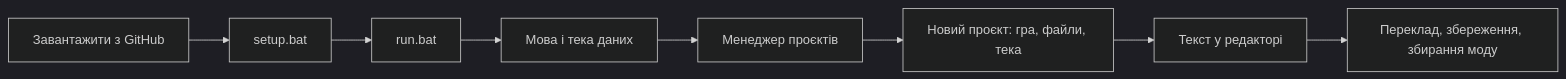
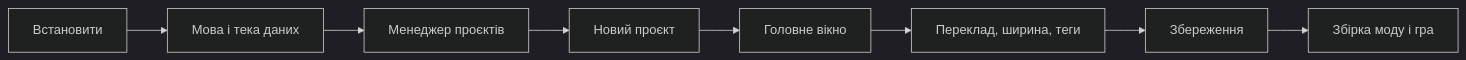
Before and after one commit to rashevskyv/Picoripi: the diagram in docs/wiki/uk/0_Getting_Started.md, drawn with Mermaid (dark theme). The commit also changed other lines of this file and 37 other files, not shown here.

````diff
--- a/docs/wiki/uk/0_Getting_Started.md
+++ b/docs/wiki/uk/0_Getting_Started.md
@@ -15,10 +15,10 @@
 ```mermaid
 flowchart LR
-  A[Завантажити з GitHub] --> B[setup.bat]
-  B --> C[run.bat]
-  C --> D[Мова і тека даних]
-  D --> E[Менеджер проєктів]
-  E --> F[Новий проєкт: гра, файли, тека]
-  F --> G[Текст у редакторі]
-  G --> H[Переклад, збереження, збирання моду]
+  A[Встановити] --> B[Мова і тека даних]
+  B --> C[Менеджер проєктів]
+  C --> D[Новий проєкт]
+  D --> E[Головне вікно]
+  E --> F[Переклад, ширина, теги]
+  F --> G[Збереження]
+  G --> H[Збірка моду і гра]
 ```
````
